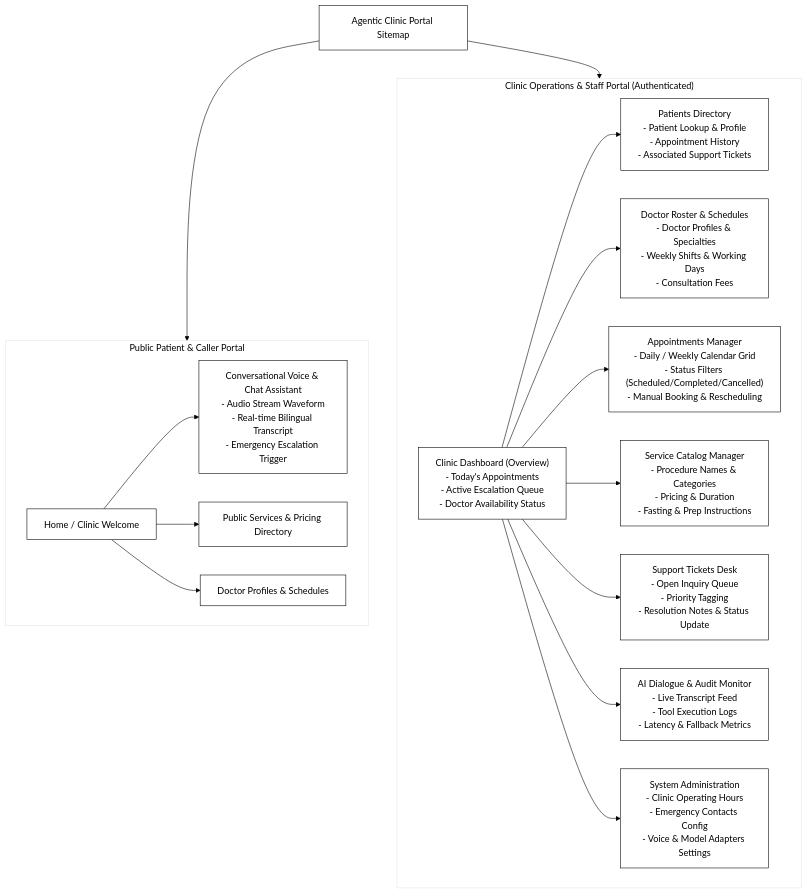
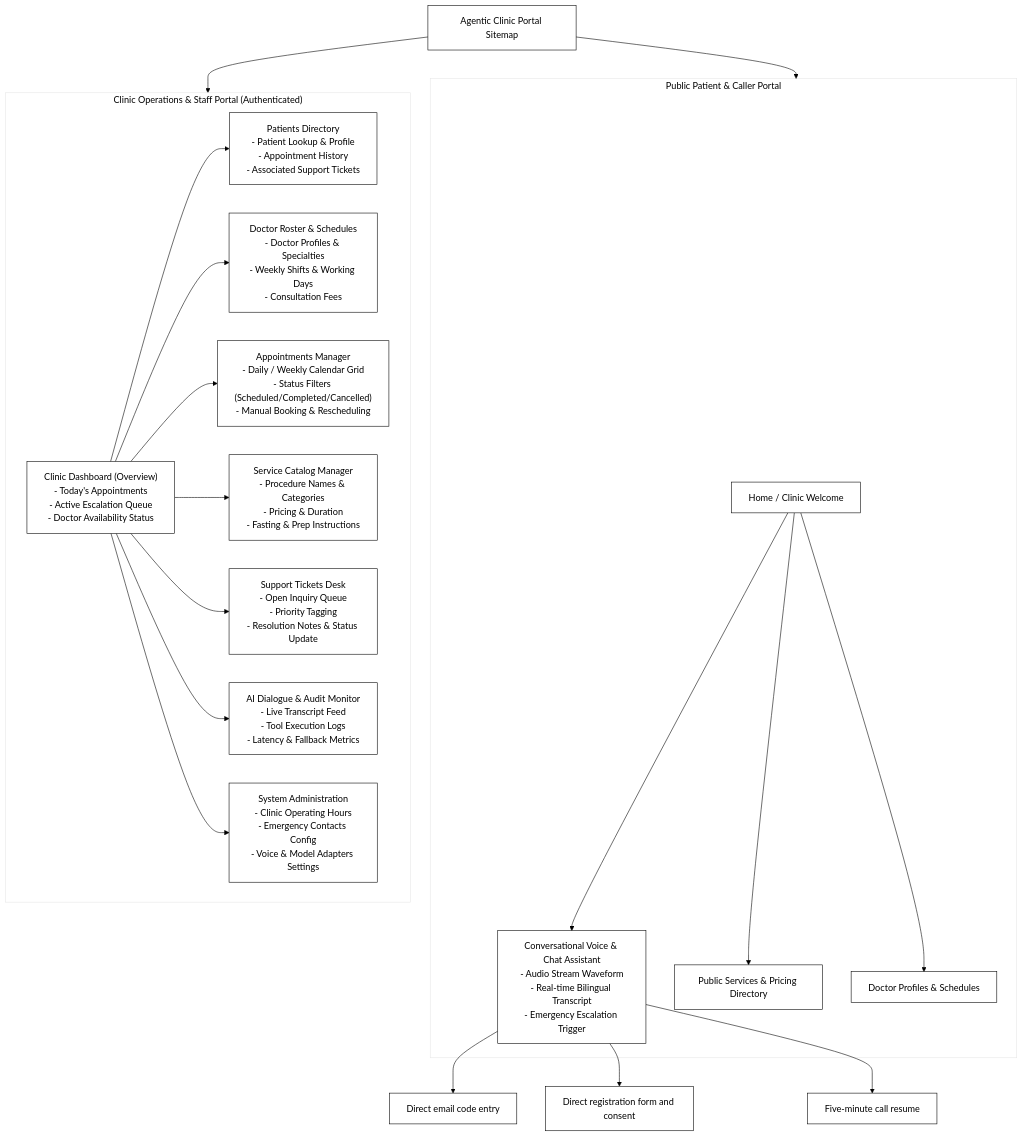
Before and after one commit to HassanAhmedMa/Agentic-AI-Call-Center: the diagram in docs/diagrams/08-ui/ui-information-architecture.mmd, drawn with Mermaid. The commit also changed 65 other files, not shown here.

Commit message:
docs: reconcile ADR-003 contracts and implementation roadmap

```diff
--- a/docs/diagrams/08-ui/ui-information-architecture.mmd
+++ b/docs/diagrams/08-ui/ui-information-architecture.mmd
@@ -1,45 +1,49 @@
 %%{init: {'theme': 'base', 'themeVariables': { 'primaryColor': '#ffffff', 'primaryTextColor': '#000000', 'primaryBorderColor': '#000000', 'lineColor': '#000000', 'secondaryColor': '#ffffff', 'tertiaryColor': '#ffffff', 'edgeLabelBackground':'#ffffff' }}}%%
 flowchart TD
     Root["Agentic Clinic Portal Sitemap"]
 
     %% Public Portal
     subgraph PublicPortal [" Public Patient & Caller Portal "]
         PublicHome["Home / Clinic Welcome"]
         VoiceWidget["Conversational Voice & Chat Assistant\n- Audio Stream Waveform\n- Real-time Bilingual Transcript\n- Emergency Escalation Trigger"]
         PublicServices["Public Services & Pricing Directory"]
         PublicDoctors["Doctor Profiles & Schedules"]
         
         PublicHome --> VoiceWidget
         PublicHome --> PublicServices
         PublicHome --> PublicDoctors
     end
 
     %% Staff & Admin Portal
     subgraph StaffPortal [" Clinic Operations & Staff Portal (Authenticated) "]
         Dashboard["Clinic Dashboard (Overview)\n- Today's Appointments\n- Active Escalation Queue\n- Doctor Availability Status"]
         
         PatientsView["Patients Directory\n- Patient Lookup & Profile\n- Appointment History\n- Associated Support Tickets"]
         
         DoctorsView["Doctor Roster & Schedules\n- Doctor Profiles & Specialties\n- Weekly Shifts & Working Days\n- Consultation Fees"]
         
         AppointmentsView["Appointments Manager\n- Daily / Weekly Calendar Grid\n- Status Filters (Scheduled/Completed/Cancelled)\n- Manual Booking & Rescheduling"]
         
         ServicesView["Service Catalog Manager\n- Procedure Names & Categories\n- Pricing & Duration\n- Fasting & Prep Instructions"]
         
         TicketsView["Support Tickets Desk\n- Open Inquiry Queue\n- Priority Tagging\n- Resolution Notes & Status Update"]
         
         ConversationsView["AI Dialogue & Audit Monitor\n- Live Transcript Feed\n- Tool Execution Logs\n- Latency & Fallback Metrics"]
         
         SettingsView["System Administration\n- Clinic Operating Hours\n- Emergency Contacts Config\n- Voice & Model Adapters Settings"]
 
         Dashboard --> PatientsView
         Dashboard --> DoctorsView
         Dashboard --> AppointmentsView
         Dashboard --> ServicesView
         Dashboard --> TicketsView
         Dashboard --> ConversationsView
         Dashboard --> SettingsView
     end
 
     Root --> PublicPortal
     Root --> StaffPortal
+
+    VoiceWidget --> CodeBox["Direct email code entry"]
+    VoiceWidget --> Registration["Direct registration form and consent"]
+    VoiceWidget --> Resume["Five-minute call resume"]
```
